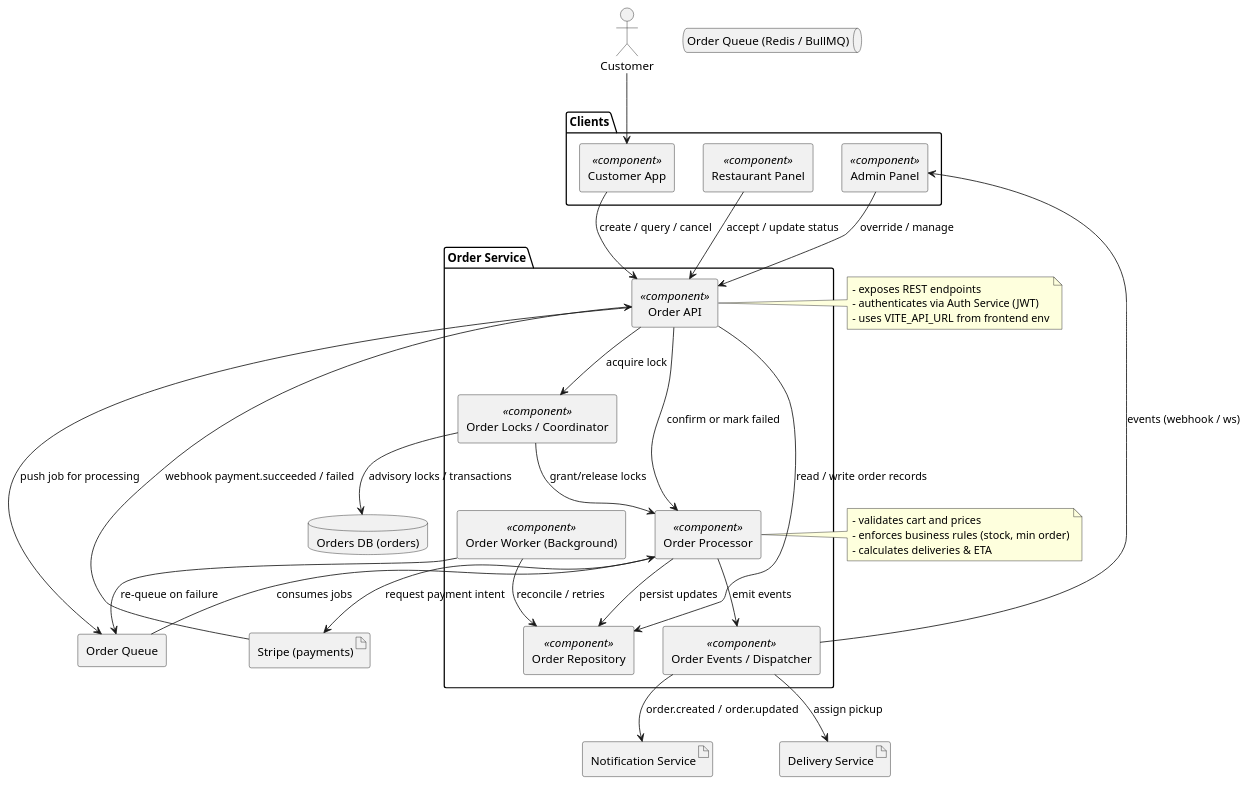
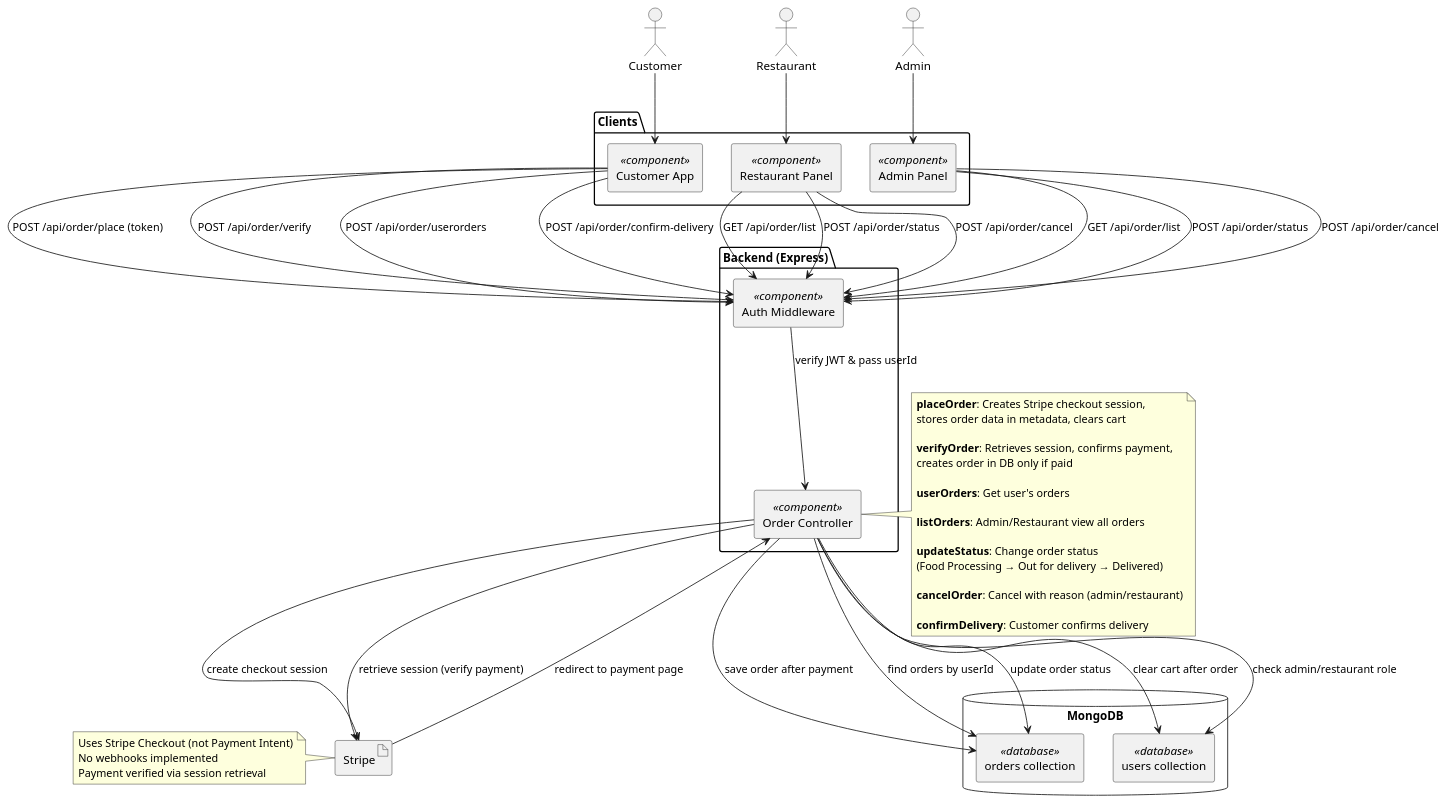
Before and after one commit to Phamtinhicic/food_delivery_main: the diagram in diagrams/components-order.puml, drawn with PlantUML. The commit also changed 5 other files, not shown here.

```diff
--- a/diagrams/components-order.puml
+++ b/diagrams/components-order.puml
@@ -1,74 +1,82 @@
 @startuml
-' Order Service detailed component diagram
+' Order Controller - ACTUAL IMPLEMENTATION
 skinparam componentStyle rectangle
 
 package "Clients" {
   [Customer App] <<component>>
   [Restaurant Panel] <<component>>
   [Admin Panel] <<component>>
 }
 
-package "Order Service" {
-  [Order API] <<component>>
-  [Order Processor] <<component>>
-  [Order Repository] <<component>>
-  [Order Events / Dispatcher] <<component>>
-  [Order Worker (Background)] <<component>>
-  [Order Locks / Coordinator] <<component>>
+package "Backend (Express)" {
+  [Order Controller] <<component>>
+  [Auth Middleware] <<component>>
 }
 
-database "Orders DB (orders)" as OrdersDB
-queue "Order Queue (Redis / BullMQ)" as OrderQueue
-artifact "Stripe (payments)" as Stripe
-artifact "Notification Service" as Notification
-artifact "Delivery Service" as Delivery
+database "MongoDB" {
+  [orders collection] <<database>>
+  [users collection] <<database>>
+}
 
-' Clients -> API
-[Customer App] --> [Order API] : create / query / cancel
-[Restaurant Panel] --> [Order API] : accept / update status
-[Admin Panel] --> [Order API] : override / manage
+artifact "Stripe" as Stripe
 
-' API responsibilities
-[Order API] --> [Order Repository] : read / write order records
-[Order API] --> [Order Locks / Coordinator] : acquire lock
-[Order API] --> [Order Queue] : push job for processing
+' Client interactions
+[Customer App] --> [Auth Middleware] : POST /api/order/place (token)
+[Customer App] --> [Auth Middleware] : POST /api/order/verify
+[Customer App] --> [Auth Middleware] : POST /api/order/userorders
+[Customer App] --> [Auth Middleware] : POST /api/order/confirm-delivery
 
-' Processor responsibilities
-[Order Processor] <-down- [Order Queue] : consumes jobs
-[Order Processor] --> Stripe : request payment intent
-[Order Processor] --> [Order Repository] : persist updates
-[Order Processor] --> [Order Events / Dispatcher] : emit events
+[Restaurant Panel] --> [Auth Middleware] : GET /api/order/list
+[Restaurant Panel] --> [Auth Middleware] : POST /api/order/status
+[Restaurant Panel] --> [Auth Middleware] : POST /api/order/cancel
 
-' Worker and async
-[Order Worker (Background)] --> [Order Repository] : reconcile / retries
-[Order Worker (Background)] --> [Order Queue] : re-queue on failure
+[Admin Panel] --> [Auth Middleware] : GET /api/order/list
+[Admin Panel] --> [Auth Middleware] : POST /api/order/status
+[Admin Panel] --> [Auth Middleware] : POST /api/order/cancel
 
-' Locking / concurrency
-[Order Locks / Coordinator] --> OrdersDB : advisory locks / transactions
-[Order Locks / Coordinator] --> [Order Processor] : grant/release locks
+' Middleware to Controller
+[Auth Middleware] --> [Order Controller] : verify JWT & pass userId
 
-' Events and integrations
-[Order Events / Dispatcher] --> Notification : order.created / order.updated
-[Order Events / Dispatcher] --> Delivery : assign pickup
-[Order Events / Dispatcher] --> [Admin Panel] : events (webhook / ws)
+' Order operations
+[Order Controller] --> Stripe : create checkout session
+Stripe --> [Order Controller] : redirect to payment page
+[Order Controller] --> Stripe : retrieve session (verify payment)
+[Order Controller] --> [orders collection] : save order after payment
+[Order Controller] --> [orders collection] : find orders by userId
+[Order Controller] --> [orders collection] : update order status
+[Order Controller] --> [users collection] : clear cart after order
+[Order Controller] --> [users collection] : check admin/restaurant role
 
-' Webhooks from Stripe
-Stripe --> [Order API] : webhook payment.succeeded / failed
-[Order API] --> [Order Processor] : confirm or mark failed
-
-note right of [Order Processor]
-  - validates cart and prices
-  - enforces business rules (stock, min order)
-  - calculates deliveries & ETA
+note right of [Order Controller]
+  **placeOrder**: Creates Stripe checkout session,
+  stores order data in metadata, clears cart
+  
+  **verifyOrder**: Retrieves session, confirms payment,
+  creates order in DB only if paid
+  
+  **userOrders**: Get user's orders
+  
+  **listOrders**: Admin/Restaurant view all orders
+  
+  **updateStatus**: Change order status
+  (Food Processing → Out for delivery → Delivered)
+  
+  **cancelOrder**: Cancel with reason (admin/restaurant)
+  
+  **confirmDelivery**: Customer confirms delivery
 end note
 
-note left of [Order API]
-  - exposes REST endpoints
-  - authenticates via Auth Service (JWT)
-  - uses VITE_API_URL from frontend env
+note left of Stripe
+  Uses Stripe Checkout (not Payment Intent)
+  No webhooks implemented
+  Payment verified via session retrieval
 end note
 
 actor Customer
+actor Restaurant
+actor Admin
 Customer --> [Customer App]
+Restaurant --> [Restaurant Panel]
+Admin --> [Admin Panel]
 
 @enduml
```
